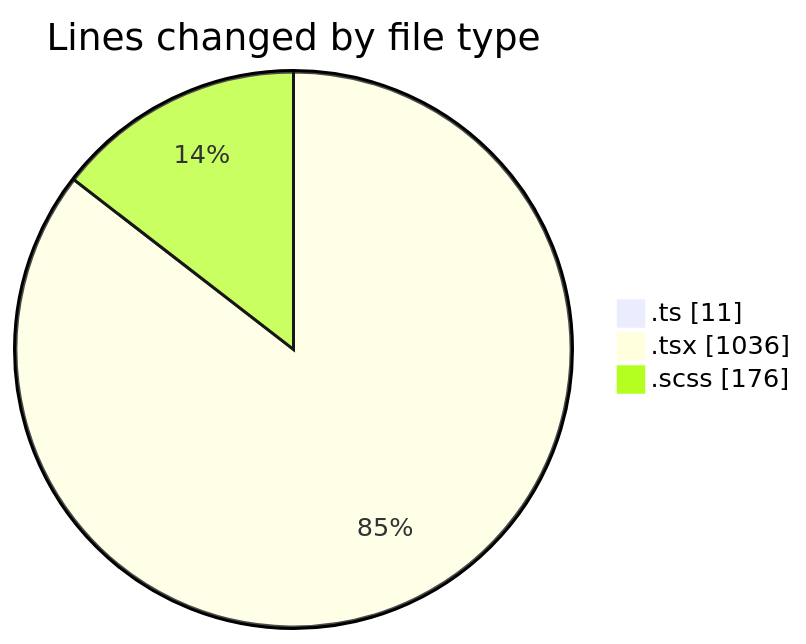
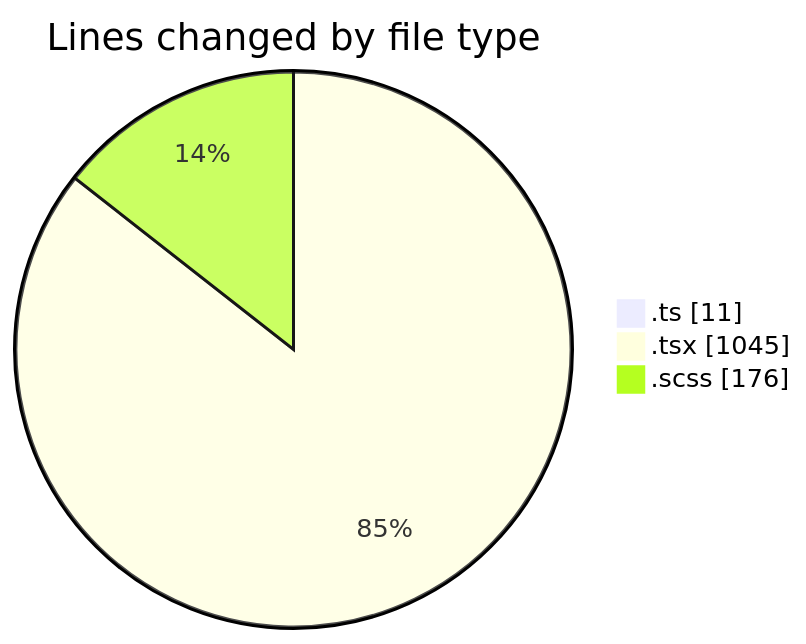
One commit to momahboobian/code-tracking changed the first of 2 diagrams in 2025-03-21/cda/README.md. Above: the diagram before and after it, drawn with Mermaid. The commit also changed other lines of this file and 1 other file, not shown here.

````diff
--- a/2025-03-21/cda/README.md
+++ b/2025-03-21/cda/README.md
@@ -28,7 +28,7 @@
 ```mermaid
 pie showData
 title Lines changed by file type
 ".ts" : 11
-".tsx" : 1036
+".tsx" : 1045
 ".scss" : 176
 ```
````
